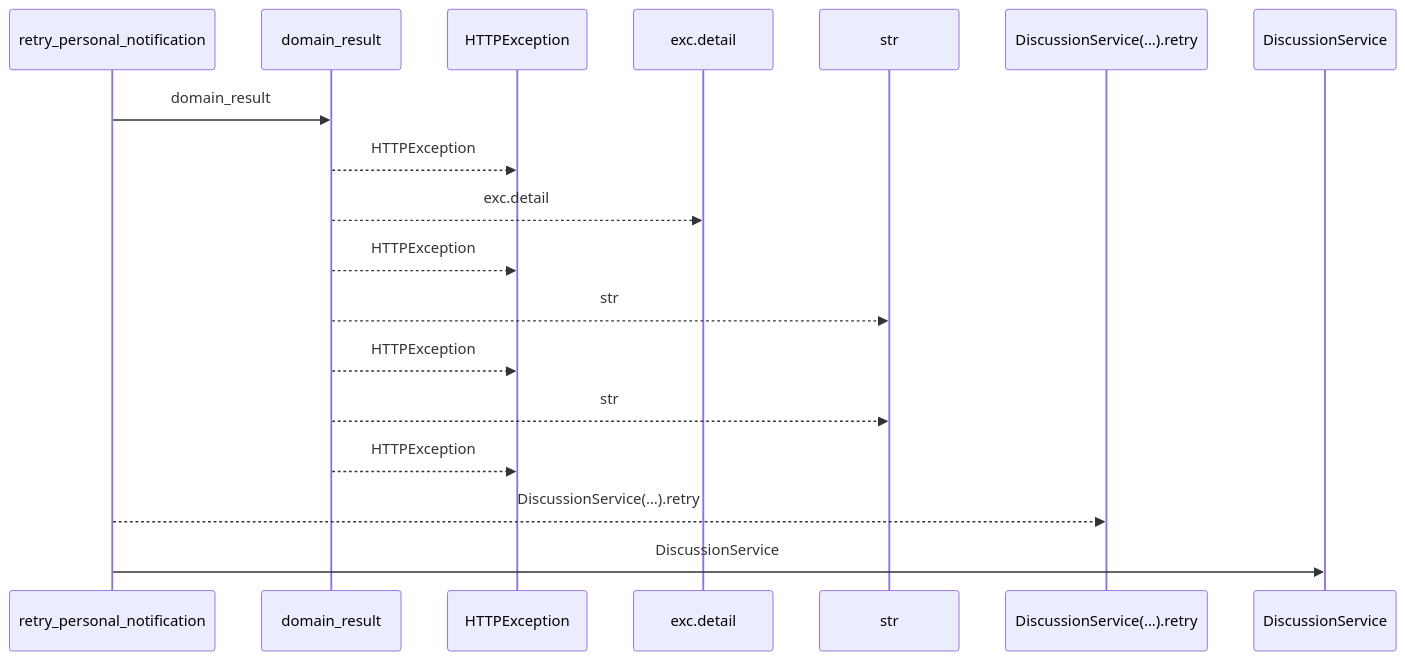
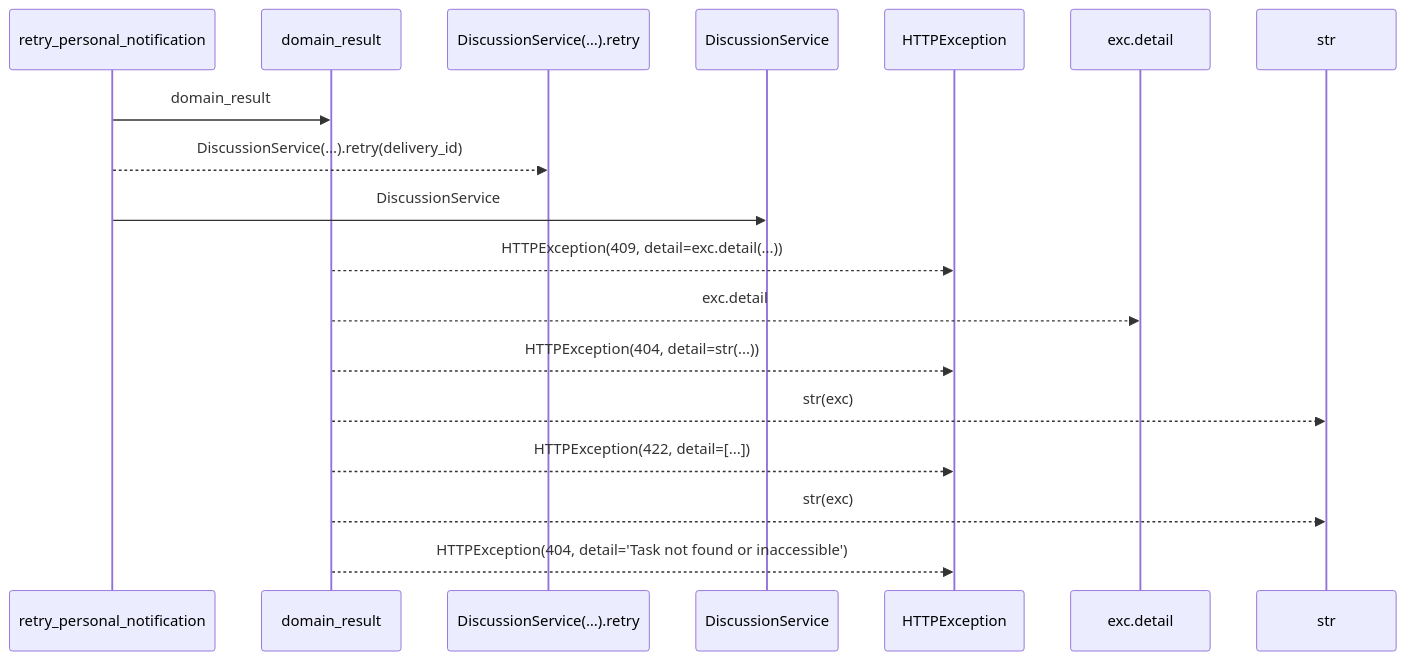
The first of 2 diagrams in docs/llm_wiki/flows/http-retry_personal_notification.md (Denissvgn/WorkChord), drawn with Mermaid before and after one commit. The commit also changed other lines of this file and 25171 other files, not shown here.

````diff
--- a/docs/llm_wiki/flows/http-retry_personal_notification.md
+++ b/docs/llm_wiki/flows/http-retry_personal_notification.md
@@ -10,20 +12,20 @@
 ```mermaid
 sequenceDiagram
     participant p0 as retry_personal_notification
     participant p1 as domain_result
-    participant p2 as HTTPException
-    participant p3 as exc.detail
-    participant p4 as str
-    participant p5 as DiscussionService(…).retry
-    participant p6 as DiscussionService
+    participant p2 as DiscussionService(…).retry
+    participant p3 as DiscussionService
+    participant p4 as HTTPException
+    participant p5 as exc.detail
+    participant p6 as str
     p0->>p1: domain_result
-    p1-->>p2: HTTPException
-    p1-->>p3: exc.detail
-    p1-->>p2: HTTPException
-    p1-->>p4: str
-    p1-->>p2: HTTPException
-    p1-->>p4: str
-    p1-->>p2: HTTPException
-    p0-->>p5: DiscussionService(…).retry
-    p0->>p6: DiscussionService
+    p0-->>p2: DiscussionService(…).retry(delivery_id)
+    p0->>p3: DiscussionService
+    p1-->>p4: HTTPException(409, detail=exc.detail(...))
+    p1-->>p5: exc.detail
+    p1-->>p4: HTTPException(404, detail=str(...))
+    p1-->>p6: str(exc)
+    p1-->>p4: HTTPException(422, detail=[...])
+    p1-->>p6: str(exc)
+    p1-->>p4: HTTPException(404, detail='Task not found or inaccessible')
 ```
````
